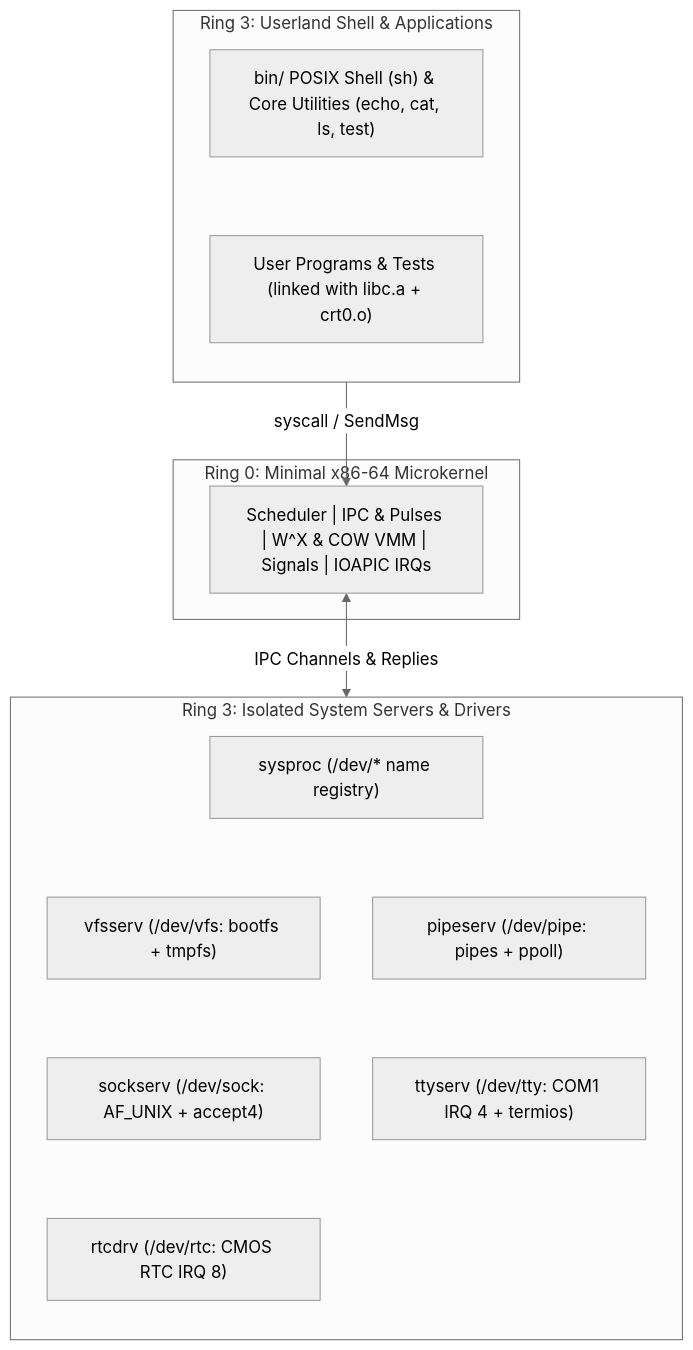
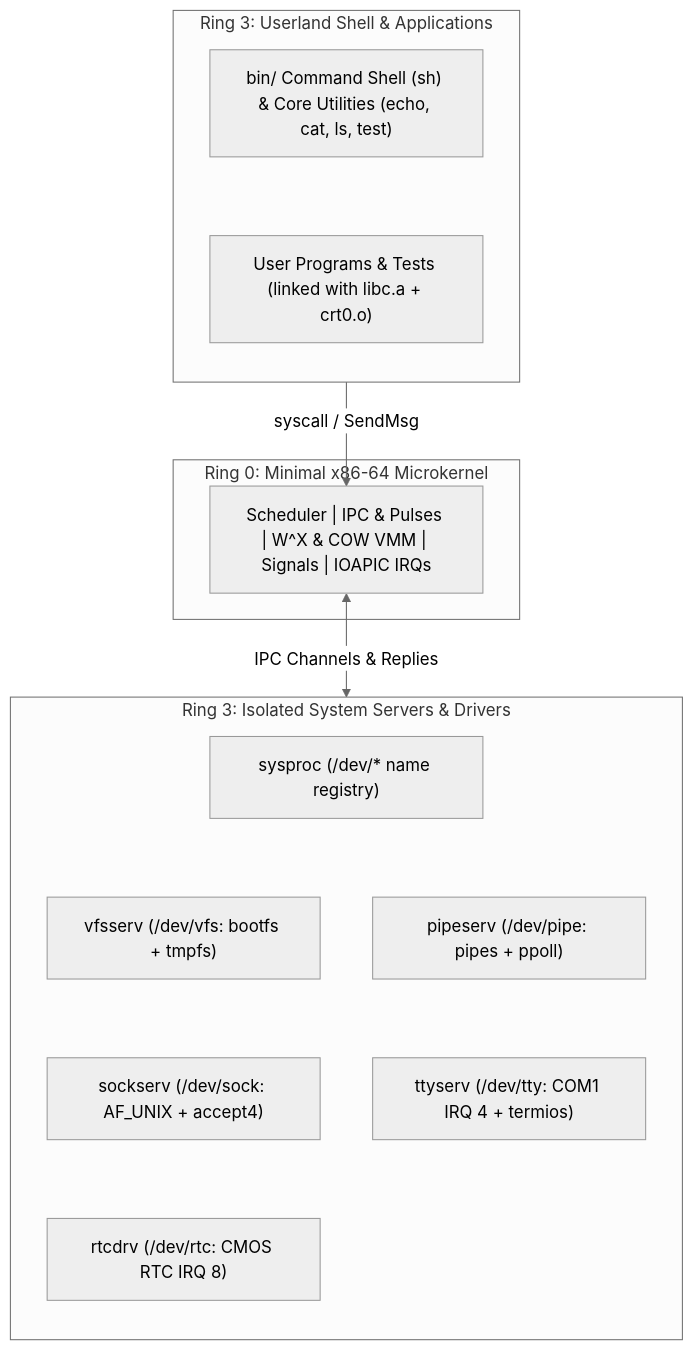
The second of 2 diagrams in README.md (Deniz-Eren/microkernel), drawn with Mermaid (neutral theme) before and after one commit. The commit also changed other lines of this file and 34 other files, not shown here.

````diff
--- a/README.md
+++ b/README.md
@@ -198,31 +198,31 @@
 ```mermaid
 flowchart TD
     subgraph R3_APP["Ring 3: Userland Shell & Applications"]
         direction TB
-        SH["bin/ POSIX Shell (sh) & Core Utilities (echo, cat, ls, test)"]
+        SH["bin/ Command Shell (sh) & Core Utilities (echo, cat, ls, test)"]
         APP["User Programs & Tests (linked with libc.a + crt0.o)"]
         SH ~~~ APP
     end
 
     subgraph R3_SRV["Ring 3: Isolated System Servers & Drivers"]
         direction TB
         SYSPROC["sysproc (/dev/* name registry)"]
         VFS["vfsserv (/dev/vfs: bootfs + tmpfs)"]
         PIPE["pipeserv (/dev/pipe: pipes + ppoll)"]
         SOCK["sockserv (/dev/sock: AF_UNIX + accept4)"]
         TTY["ttyserv (/dev/tty: COM1 IRQ 4 + termios)"]
         RTC["rtcdrv (/dev/rtc: CMOS RTC IRQ 8)"]
         SYSPROC ~~~ VFS
         SYSPROC ~~~ PIPE
         VFS ~~~ SOCK
         PIPE ~~~ TTY
         SOCK ~~~ RTC
     end
 
     subgraph R0["Ring 0: Minimal x86-64 Microkernel"]
         K["Scheduler | IPC & Pulses | W^X & COW VMM | Signals | IOAPIC IRQs"]
     end
 
     R3_APP -->|"syscall / SendMsg"| K
     K <-->|"IPC Channels & Replies"| R3_SRV
 ```
````
